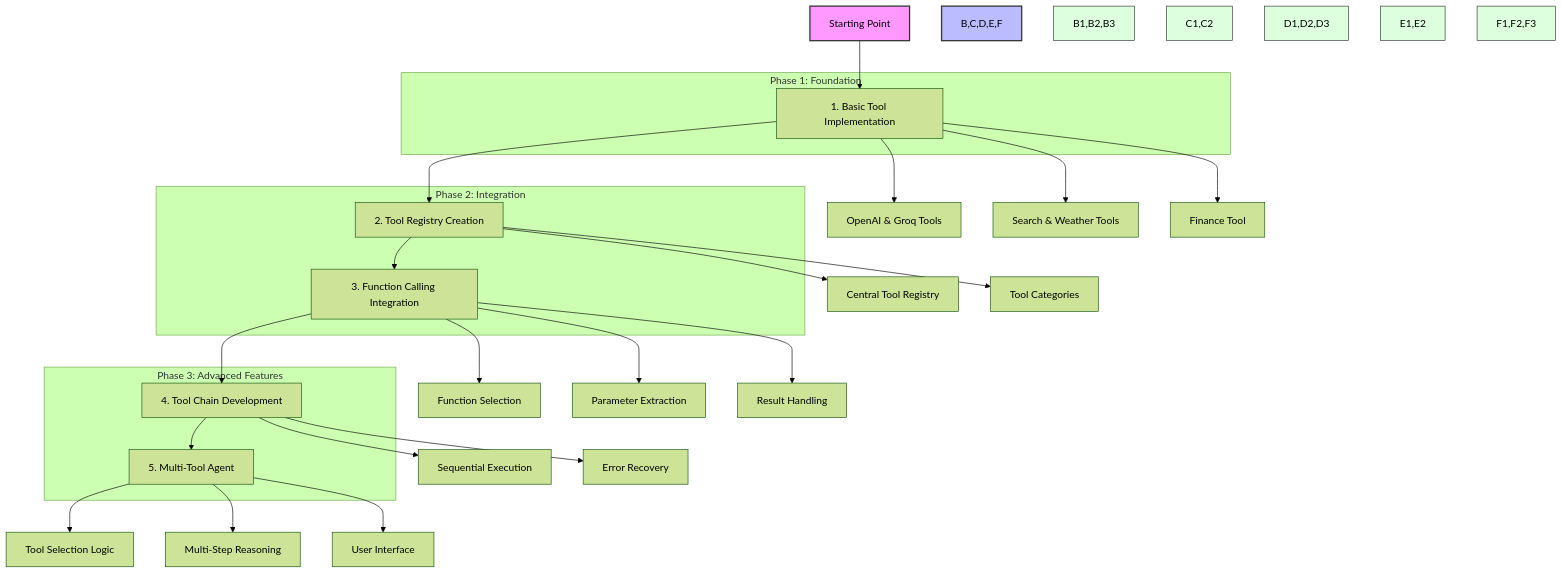
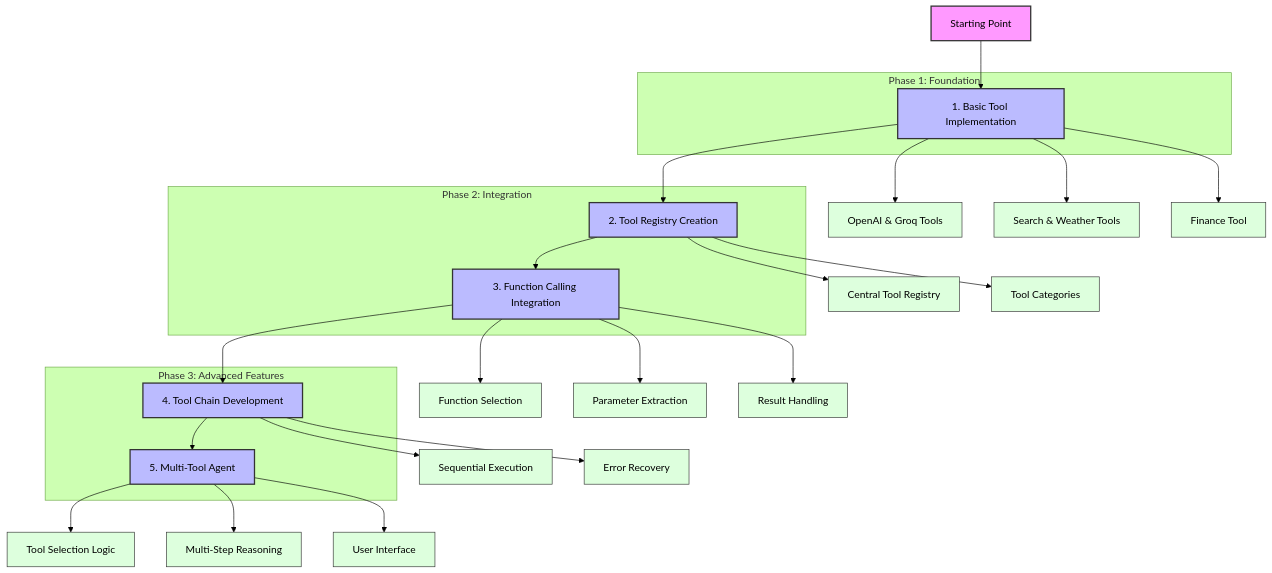
One commit to amlanacharya/Agent changed the third of 5 diagrams in module6/diagrams/module6_progressive_journey.md. Above: the diagram before and after it, drawn with Mermaid (forest theme). The commit also changed other lines of this file and 1 other file, not shown here.

````diff
--- a/module6/diagrams/module6_progressive_journey.md
+++ b/module6/diagrams/module6_progressive_journey.md
@@ -75,48 +78,48 @@
 ```mermaid
 flowchart TD
     A[Starting Point] --> B[1. Basic Tool Implementation]
     B --> C[2. Tool Registry Creation]
     C --> D[3. Function Calling Integration]
     D --> E[4. Tool Chain Development]
     E --> F[5. Multi-Tool Agent]
-    
+
     subgraph "Phase 1: Foundation"
     B
     end
-    
+
     subgraph "Phase 2: Integration"
     C
     D
     end
-    
+
     subgraph "Phase 3: Advanced Features"
     E
     F
     end
-    
+
     B --> B1[OpenAI & Groq Tools]
     B --> B2[Search & Weather Tools]
     B --> B3[Finance Tool]
-    
+
     C --> C1[Central Tool Registry]
     C --> C2[Tool Categories]
-    
+
     D --> D1[Function Selection]
     D --> D2[Parameter Extraction]
     D --> D3[Result Handling]
-    
+
     E --> E1[Sequential Execution]
     E --> E2[Error Recovery]
-    
+
     F --> F1[Tool Selection Logic]
     F --> F2[Multi-Step Reasoning]
     F --> F3[User Interface]
-    
-    style A fill:#f9f,stroke:#333,stroke-width:2px
-    style B,C,D,E,F fill:#bbf,stroke:#333,stroke-width:2px
-    style B1,B2,B3 fill:#dfd,stroke:#333,stroke-width:1px
-    style C1,C2 fill:#dfd,stroke:#333,stroke-width:1px
-    style D1,D2,D3 fill:#dfd,stroke:#333,stroke-width:1px
-    style E1,E2 fill:#dfd,stroke:#333,stroke-width:1px
-    style F1,F2,F3 fill:#dfd,stroke:#333,stroke-width:1px
+
+    classDef startNode fill:#f9f,stroke:#333,stroke-width:2px;
+    classDef phaseNode fill:#bbf,stroke:#333,stroke-width:2px;
+    classDef componentNode fill:#dfd,stroke:#333,stroke-width:1px;
+
+    class A startNode;
+    class B,C,D,E,F phaseNode;
+    class B1,B2,B3,C1,C2,D1,D2,D3,E1,E2,F1,F2,F3 componentNode;
 ```
````
